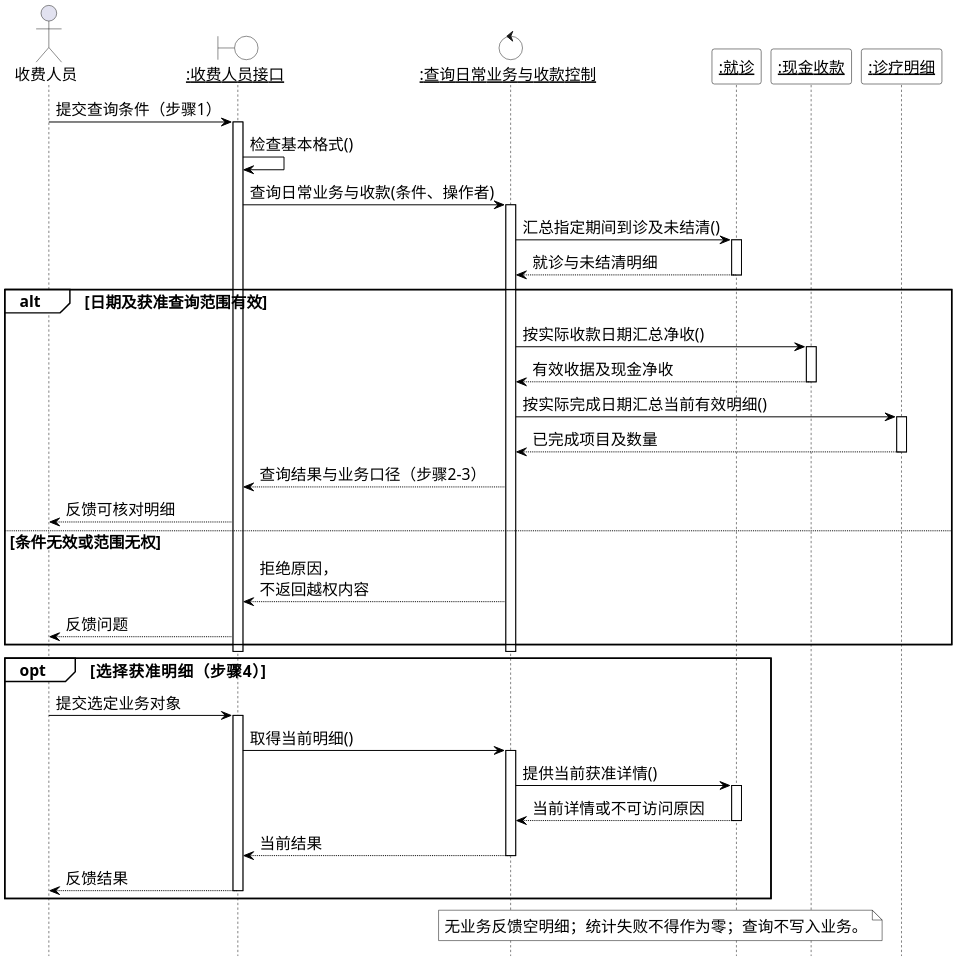
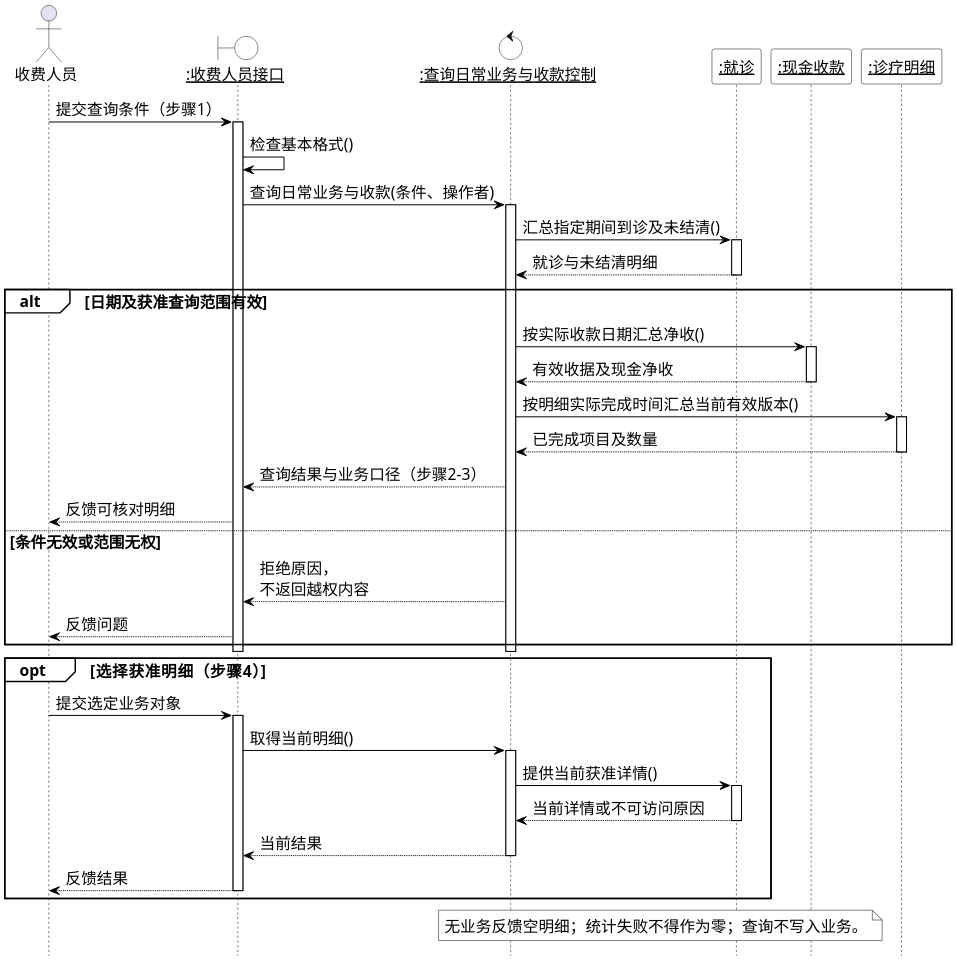
Before and after one commit to Shawmc-creator/systemAnalyseAndDesign: the diagram in 01-需求文档/diagrams/13-19-analysis-sequence.puml, drawn with PlantUML. The commit also changed 50 other files, not shown here.

Commit message:
Revise requirements document and analysis diagrams

```diff
--- a/01-需求文档/diagrams/13-19-analysis-sequence.puml
+++ b/01-需求文档/diagrams/13-19-analysis-sequence.puml
@@ -1,70 +1,70 @@
 @startuml
 hide footbox
 skinparam backgroundColor white
 skinparam shadowing false
 skinparam defaultFontName SimSun
 skinparam defaultFontSize 16
 skinparam dpi 200
 skinparam maxMessageSize 150
 skinparam sequence {
  ArrowColor black
  ArrowFontSize 16
  LifeLineBorderColor black
  LifeLineBackgroundColor white
  ParticipantBorderColor black
  ParticipantBackgroundColor white
  GroupBorderColor black
  GroupBackgroundColor white
  ParticipantFontSize 16
 }
 skinparam NoteBackgroundColor white
 skinparam NoteBorderColor black
 actor "收费人员" as A
 boundary "<u>:收费人员接口</u>" as B #white
 control "<u>:查询日常业务与收款控制</u>" as K #white
 participant "<u>:就诊</u>" as E
 participant "<u>:现金收款</u>" as E2
 participant "<u>:诊疗明细</u>" as E3
 A -> B : 提交查询条件（步骤1）
 activate B
 B -> B : 检查基本格式()
 B -> K : 查询日常业务与收款(条件、操作者)
 activate K
 K -> E : 汇总指定期间到诊及未结清()
 activate E
 E --> K : 就诊与未结清明细
 deactivate E
 alt 日期及获准查询范围有效
  K -> E2 : 按实际收款日期汇总净收()
  activate E2
  E2 --> K : 有效收据及现金净收
  deactivate E2
- K -> E3 : 按实际完成日期汇总当前有效明细()
+ K -> E3 : 按明细实际完成时间汇总当前有效版本()
  activate E3
  E3 --> K : 已完成项目及数量
  deactivate E3
  K --> B : 查询结果与业务口径（步骤2-3）
  B --> A : 反馈可核对明细
 else 条件无效或范围无权
  K --> B : 拒绝原因，不返回越权内容
  B --> A : 反馈问题
 end
 deactivate K
 deactivate B
 opt 选择获准明细（步骤4）
  A -> B : 提交选定业务对象
  activate B
  B -> K : 取得当前明细()
  activate K
  K -> E : 提供当前获准详情()
  activate E
  E --> K : 当前详情或不可访问原因
  deactivate E
  K --> B : 当前结果
  deactivate K
  B --> A : 反馈结果
  deactivate B
 end
 note over K,E2 : 无业务反馈空明细；统计失败不得作为零；查询不写入业务。
 
 @enduml
```
